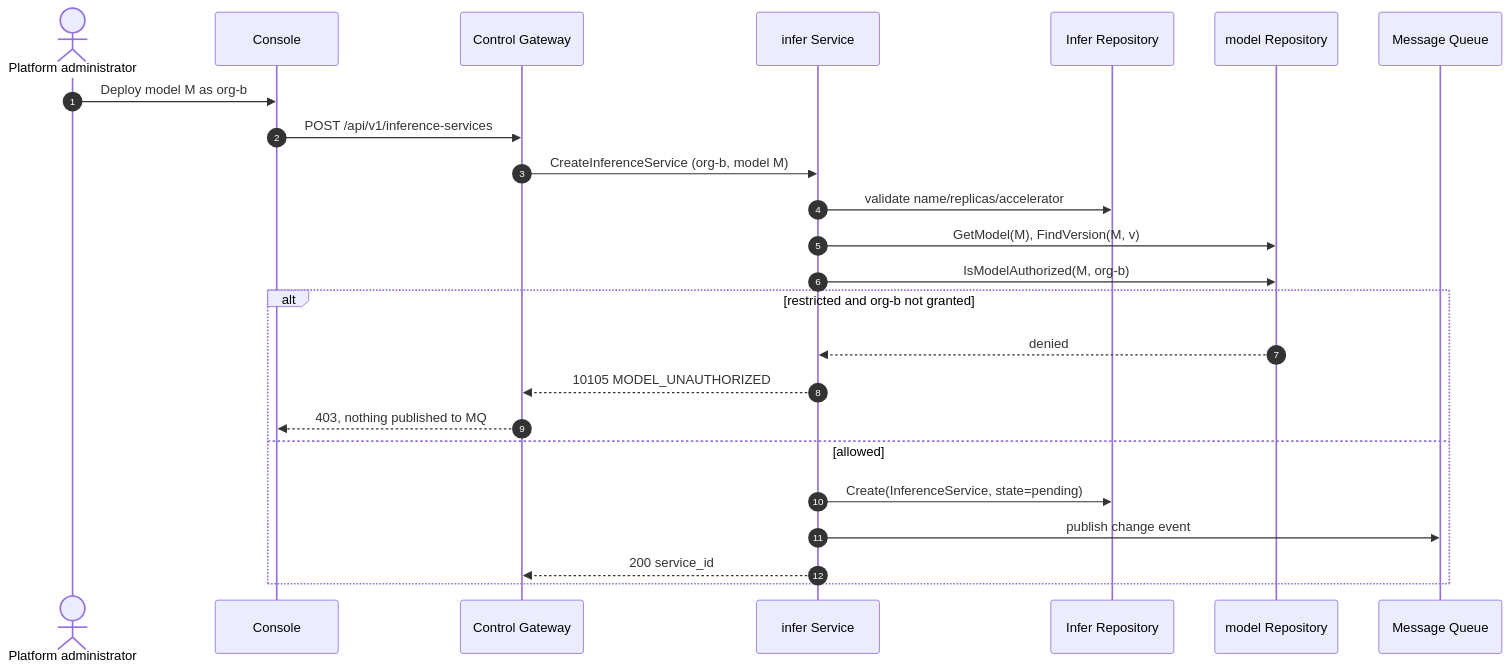
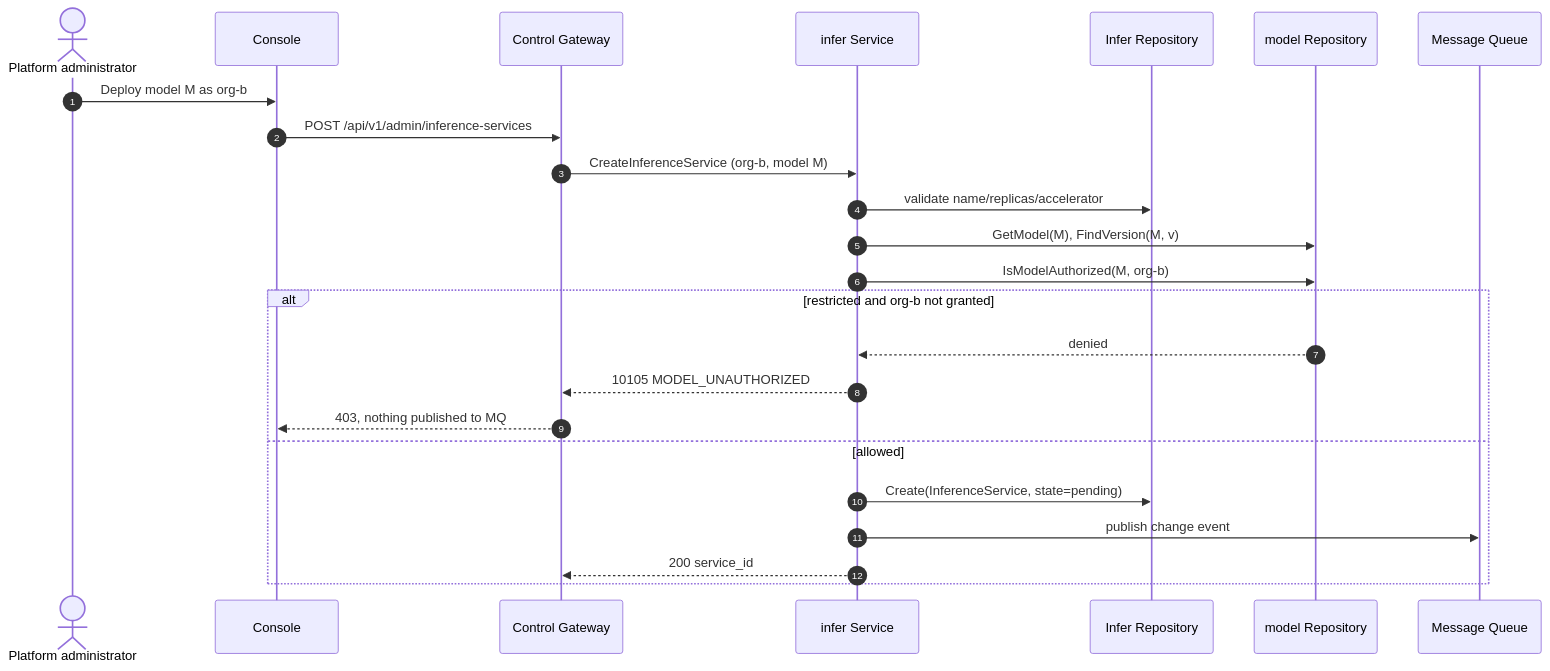
One commit to go-taas/go-taas changed the third of 4 diagrams in site/docs/architecture/model-authorization.md. Above: the diagram before and after it, drawn with Mermaid. The commit also changed 41 other files, not shown here.

````diff
--- a/site/docs/architecture/model-authorization.md
+++ b/site/docs/architecture/model-authorization.md
@@ -257,26 +257,26 @@
 ```mermaid
 sequenceDiagram
     autonumber
     actor Admin as Platform administrator
     participant Console as Console
     participant CGW as Control Gateway
     participant S as infer Service
     participant R as Infer Repository
     participant M as model Repository
     participant MQ as Message Queue
     Admin->>Console: Deploy model M as org-b
-    Console->>CGW: POST /api/v1/inference-services
+    Console->>CGW: POST /api/v1/admin/inference-services
     CGW->>S: CreateInferenceService (org-b, model M)
     S->>R: validate name/replicas/accelerator
     S->>M: GetModel(M), FindVersion(M, v)
     S->>M: IsModelAuthorized(M, org-b)
     alt restricted and org-b not granted
         M-->>S: denied
         S-->>CGW: 10105 MODEL_UNAUTHORIZED
         CGW-->>Console: 403, nothing published to MQ
     else allowed
         S->>R: Create(InferenceService, state=pending)
         S->>MQ: publish change event
         S-->>CGW: 200 service_id
     end
 ```
````
